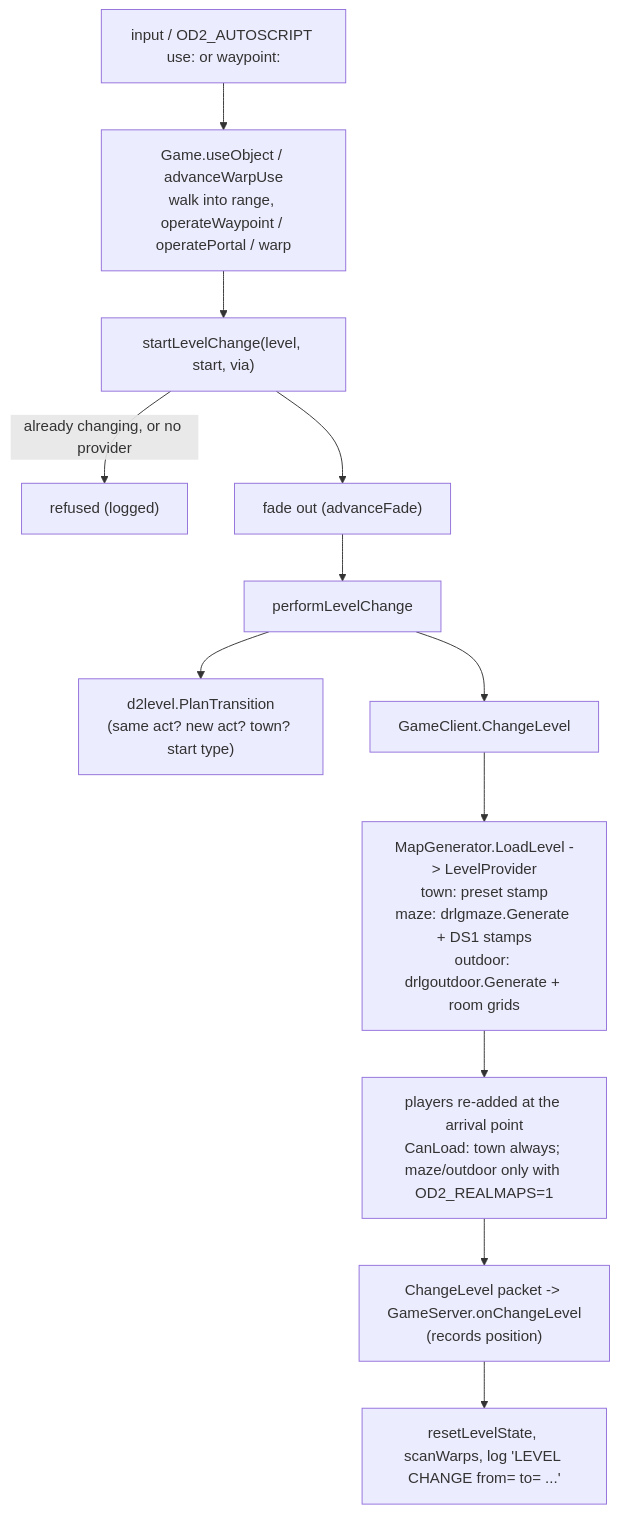
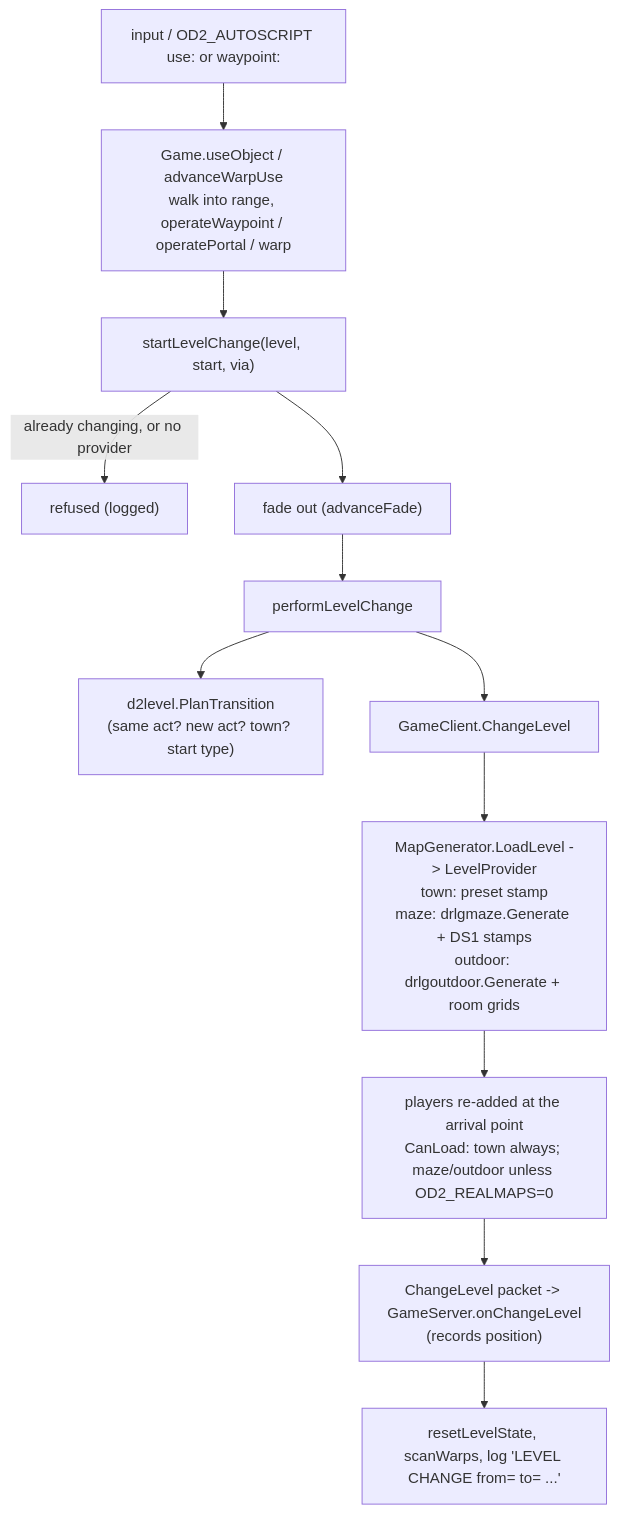
The second of 8 diagrams in docs/ARCHITECTURE.md (sermare/OpenDiablo2), drawn with Mermaid before and after one commit. The commit also changed other lines of this file and 33 other files, not shown here.

````diff
--- a/docs/ARCHITECTURE.md
+++ b/docs/ARCHITECTURE.md
@@ -180,14 +180,14 @@
 ```mermaid
 flowchart TD
     A["input / OD2_AUTOSCRIPT use: or waypoint:"] --> B["Game.useObject / advanceWarpUse<br/>walk into range, operateWaypoint / operatePortal / warp"]
     B --> C["startLevelChange(level, start, via)"]
     C -->|"already changing, or no provider"| X["refused (logged)"]
     C --> D["fade out (advanceFade)"]
     D --> E["performLevelChange"]
     E --> F["d2level.PlanTransition<br/>(same act? new act? town? start type)"]
     E --> G["GameClient.ChangeLevel"]
     G --> H["MapGenerator.LoadLevel -> LevelProvider<br/>town: preset stamp<br/>maze: drlgmaze.Generate + DS1 stamps<br/>outdoor: drlgoutdoor.Generate + room grids"]
-    H --> I["players re-added at the arrival point<br/>CanLoad: town always; maze/outdoor only with OD2_REALMAPS=1"]
+    H --> I["players re-added at the arrival point<br/>CanLoad: town always; maze/outdoor unless OD2_REALMAPS=0"]
     I --> J["ChangeLevel packet -> GameServer.onChangeLevel<br/>(records position)"]
     J --> K["resetLevelState, scanWarps, log 'LEVEL CHANGE from= to= ...'"]
 ```
````
